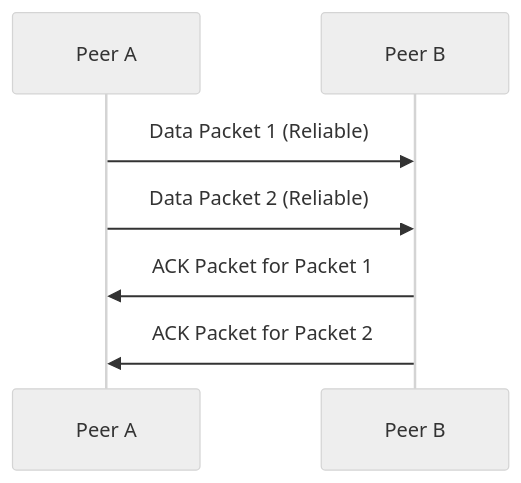
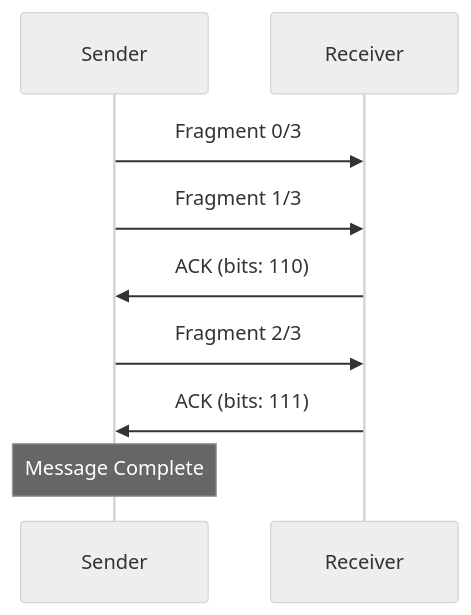
Diagram 11 of 15 in docs2/network/NUClearNet.md (Fastcode/NUClear), drawn with Mermaid (neutral theme) before and after one commit. The commit also changed other lines of this file, not shown here.

````diff
--- a/docs2/network/NUClearNet.md
+++ b/docs2/network/NUClearNet.md
@@ -72,9 +373,12 @@
 ```mermaid
 sequenceDiagram
-    participant Peer A
-    participant Peer B
-    Peer A->>Peer B: Data Packet 1 (Reliable)
-    Peer A->>Peer B: Data Packet 2 (Reliable)
-    Peer B->>Peer A: ACK Packet for Packet 1
-    Peer B->>Peer A: ACK Packet for Packet 2
+    participant Sender
+    participant Receiver
+
+    Sender->>Receiver: Fragment 0/3
+    Sender->>Receiver: Fragment 1/3
+    Receiver->>Sender: ACK (bits: 110)
+    Sender->>Receiver: Fragment 2/3
+    Receiver->>Sender: ACK (bits: 111)
+    Note over Sender: Message Complete
 ```
````
